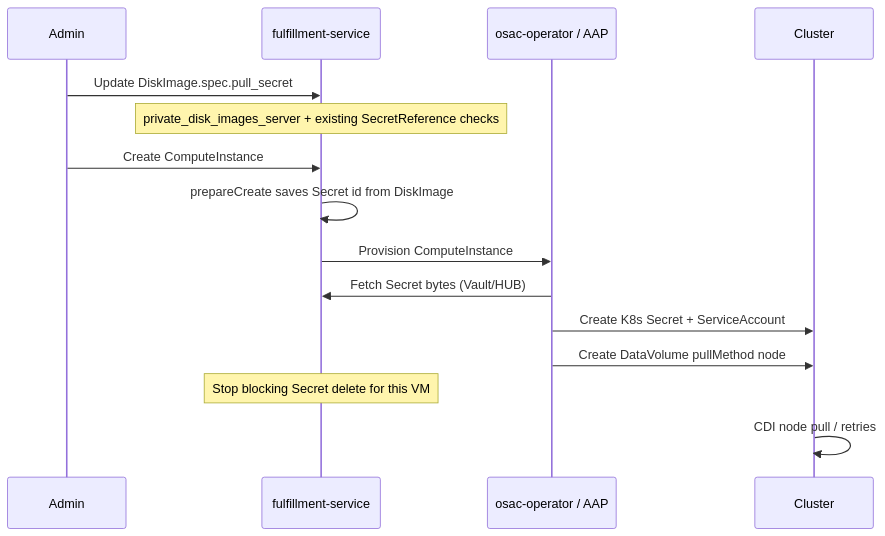
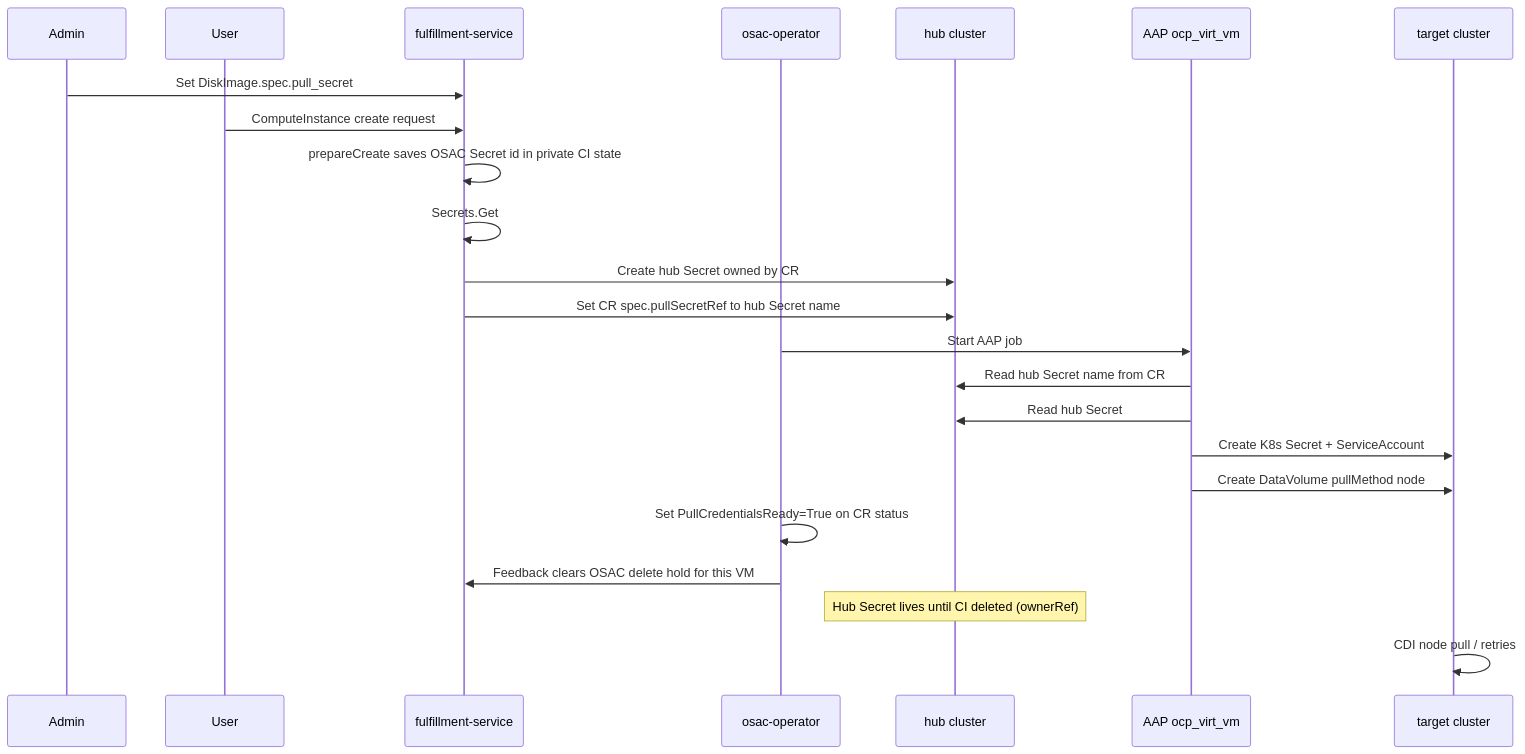
The diagram in enhancements/OSAC-7339-diskimage-pull-secret-references/design.md (osac-project/enhancement-proposals), drawn with Mermaid before and after one commit. The commit also changed other lines of this file, not shown here.

Commit message:
Decide that AAP creates Secret/SA, added PullCredentialsReady, remove "tenant namespac", Add warning that CDI<1.65 breaks the feature, add comment on new Volume API

````diff
--- a/enhancements/OSAC-7339-diskimage-pull-secret-references/design.md
+++ b/enhancements/OSAC-7339-diskimage-pull-secret-references/design.md
@@ -84,18 +123,26 @@
 ```mermaid
 sequenceDiagram
     participant Admin
+    participant User
     participant FS as fulfillment-service
-    participant Prov as osac-operator / AAP
-    participant Cluster
+    participant Op as osac-operator
+    participant Hub as hub cluster
+    participant AAP as AAP ocp_virt_vm
+    participant Target as target cluster
 
-    Admin->>FS: Update DiskImage.spec.pull_secret
-    Note over FS: private_disk_images_server + existing SecretReference checks
-    Admin->>FS: Create ComputeInstance
-    FS->>FS: prepareCreate saves Secret id from DiskImage
-    FS->>Prov: Provision ComputeInstance
-    Prov->>FS: Fetch Secret bytes (Vault/HUB)
-    Prov->>Cluster: Create K8s Secret + ServiceAccount
-    Prov->>Cluster: Create DataVolume pullMethod node
-    Note over FS: Stop blocking Secret delete for this VM
-    Cluster->>Cluster: CDI node pull / retries
+    Admin->>FS: Set DiskImage.spec.pull_secret
+    User->>FS: ComputeInstance create request
+    FS->>FS: prepareCreate saves OSAC Secret id in private CI state
+    FS->>FS: Secrets.Get
+    FS->>Hub: Create hub Secret owned by CR
+    FS->>Hub: Set CR spec.pullSecretRef to hub Secret name
+    Op->>AAP: Start AAP job
+    AAP->>Hub: Read hub Secret name from CR
+    AAP->>Hub: Read hub Secret
+    AAP->>Target: Create K8s Secret + ServiceAccount
+    AAP->>Target: Create DataVolume pullMethod node
+    Op->>Op: Set PullCredentialsReady=True on CR status
+    Op->>FS: Feedback clears OSAC delete hold for this VM
+    Note over Hub: Hub Secret lives until CI deleted (ownerRef)
+    Target->>Target: CDI node pull / retries
 ```
````
